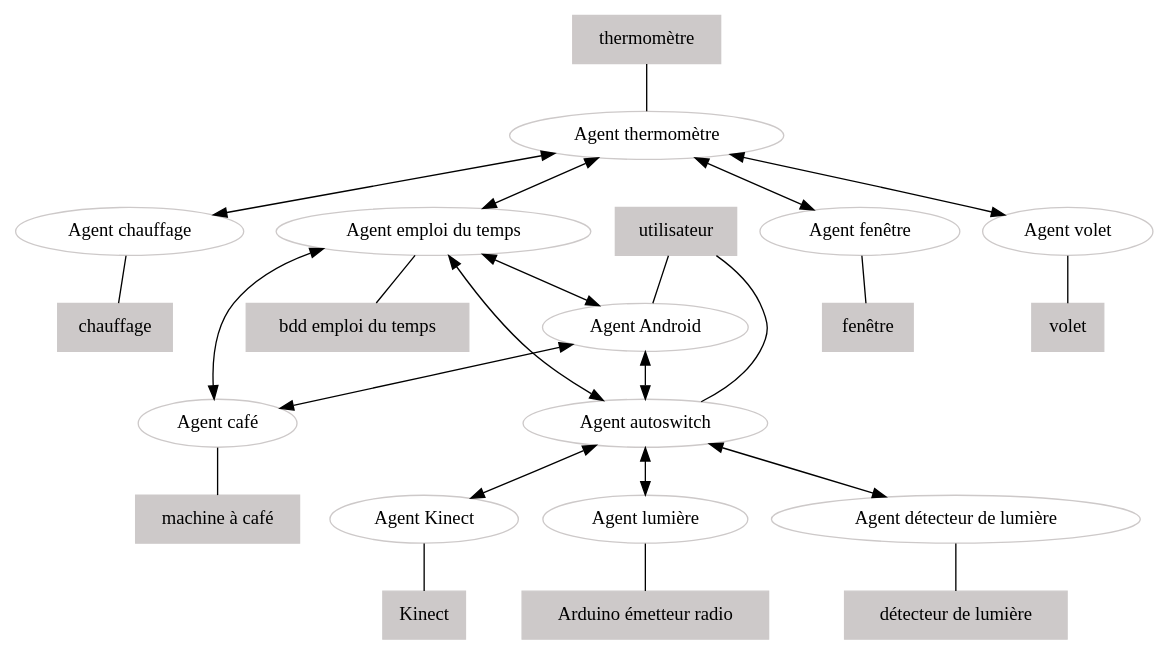
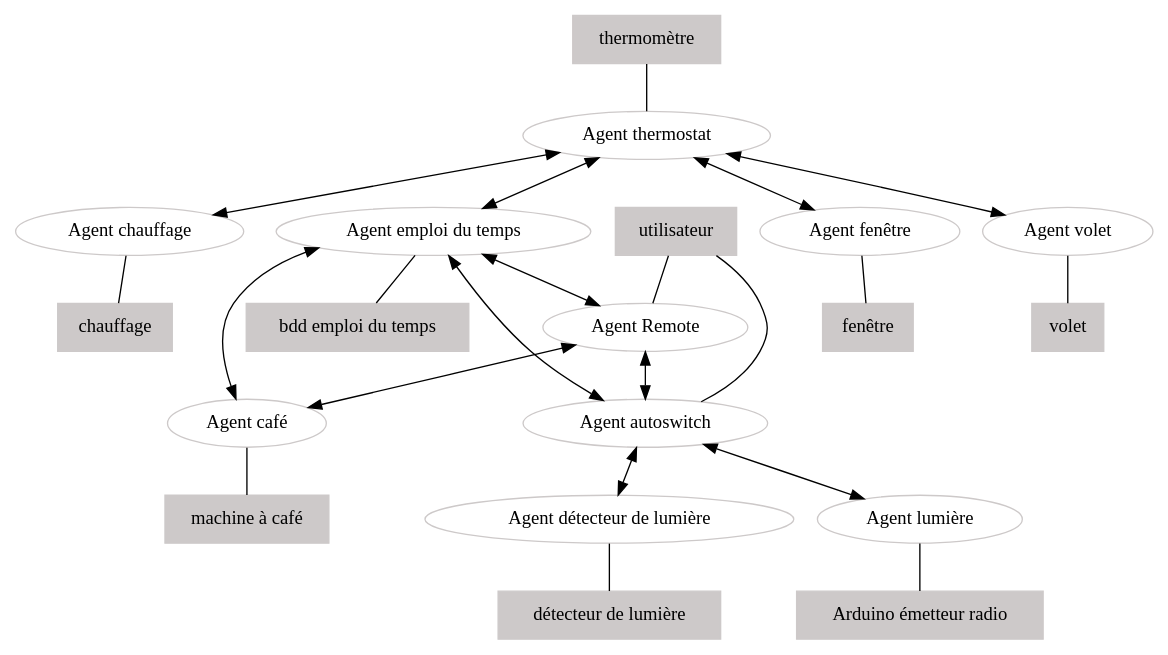
One commit to IA04Group/SmartHouse changed the diagram in agents.dot. Above: the diagram before and after it, drawn with Graphviz. The commit also changed 1 other file, not shown here.

Commit message:
Updated agent diagram

```diff
--- a/agents.dot
+++ b/agents.dot
@@ -1,49 +1,46 @@
 digraph {
     /* Physical process */
     node [shape=box, style=filled, color=snow3];
     user [label="utilisateur"];
     coffee [label="machine à café"];
     dbplanning [label="bdd emploi du temps"];
-    kinect [label="Kinect"];
     arduino [label="Arduino émetteur radio"];
     lightsensor [label="détecteur de lumière"];
     window [label="fenêtre"];
     shutter [label="volet"];
     heater [label="chauffage"];
     thermometer [label="thermomètre"];
 
     /* Agents */
     node [shape=oval, style=""];
-    Aandroid [label="Agent Android"];
+    Aandroid [label="Agent Remote"];
     Aautoswitch [label="Agent autoswitch"];
     Acoffee [label="Agent café"];
     Aplanning [label="Agent emploi du temps"];
-    Akinect [label="Agent Kinect"];
     Alight [label="Agent lumière"];
     Alightsensor [label="Agent détecteur de lumière"];
-    Atemperature [label="Agent thermomètre"];
+    Atemperature [label="Agent thermostat"];
     Awindow [label="Agent fenêtre"];
     Ashutter [label="Agent volet"];
     Aheater [label="Agent chauffage"];
 
     /* Acquaintance agent <=> physical process */
     edge [arrowhead=none, arrowtail=none];
     user ->Aandroid;
     Aautoswitch -> user;
     Acoffee -> coffee;
     Aplanning -> dbplanning;
-    Akinect -> kinect;
     Alight -> arduino;
     Alightsensor -> lightsensor;
     Awindow -> window;
     Ashutter -> shutter;
     Aheater -> heater;
     thermometer -> Atemperature;
 
     /* Acquaintance agent <=> agent */
     edge [arrowhead=normal, arrowtail=normal, dir=both];
     Aplanning -> {Acoffee, Aandroid, Aautoswitch}
     Aandroid -> {Aautoswitch, Acoffee};
-    Aautoswitch -> {Akinect, Alightsensor, Alight};
+    Aautoswitch -> {Alightsensor, Alight};
     Atemperature -> {Aplanning, Awindow, Ashutter, Aheater};
 }
```
